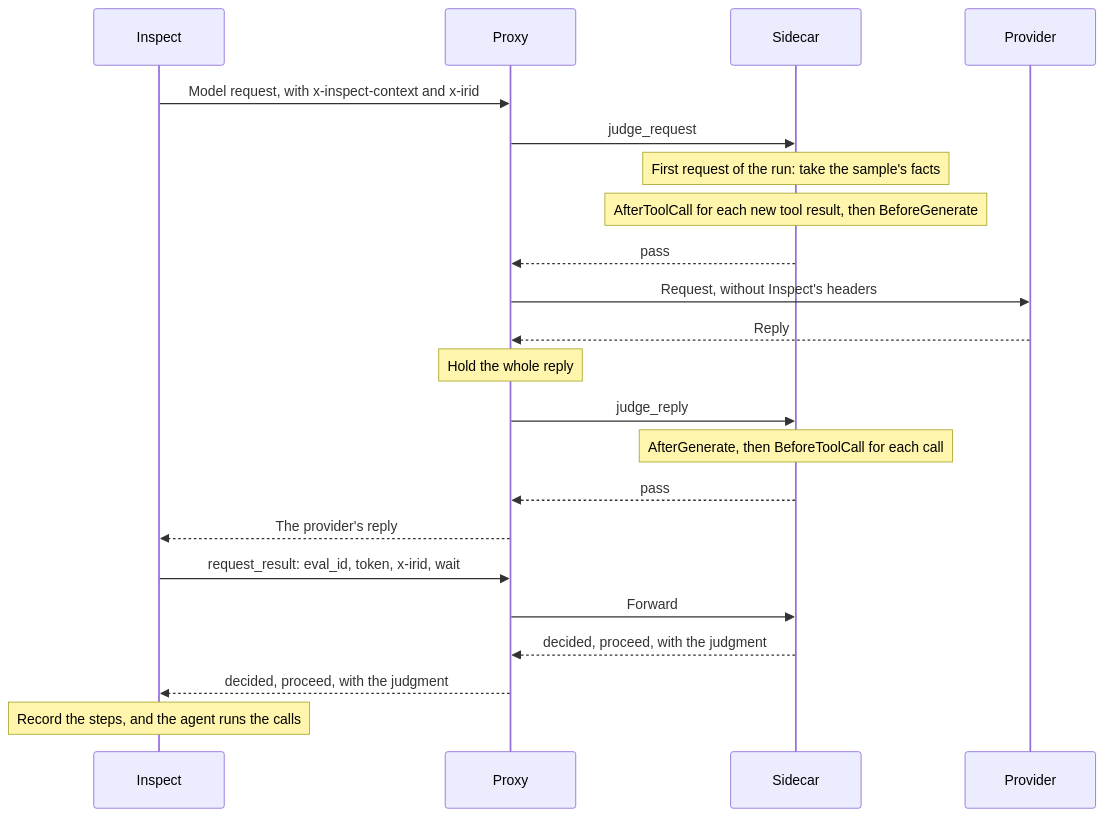
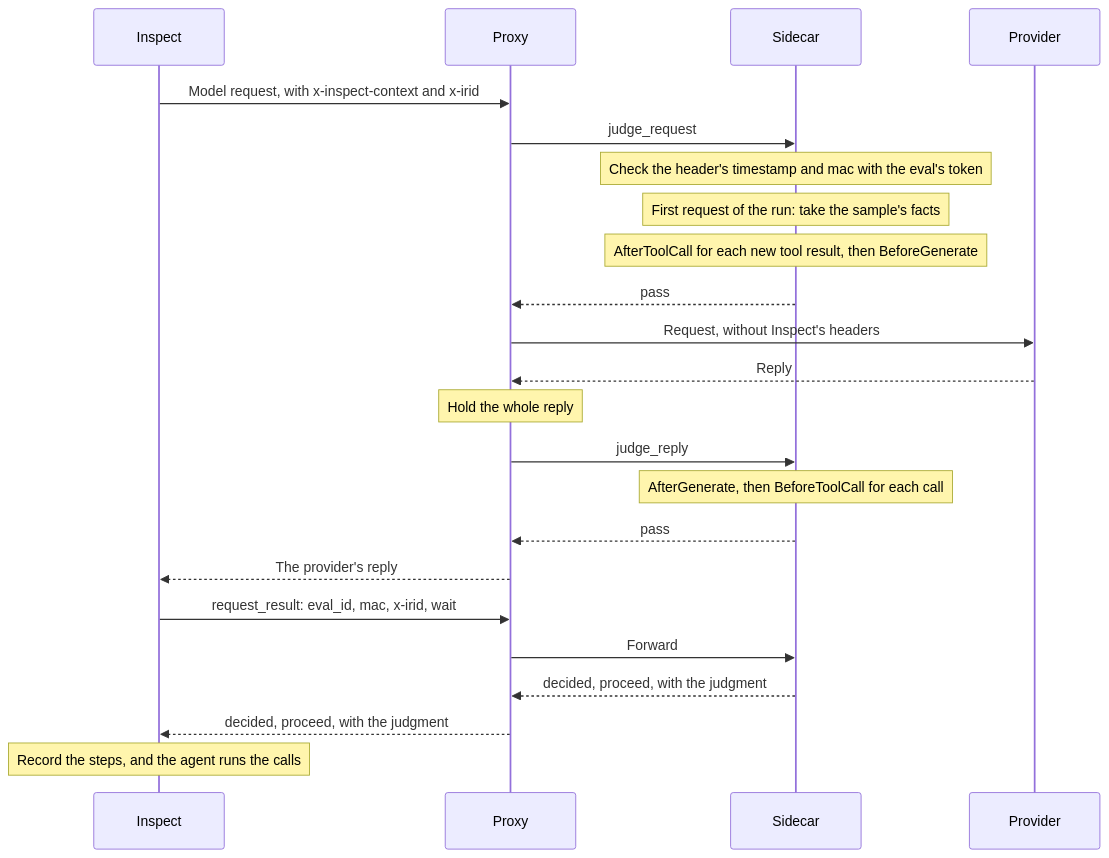
One commit to meridianlabs-ai/inspect_sentinel changed the third of 9 diagrams in design/sidecar.md. Above: the diagram before and after it, drawn with Mermaid. The commit also changed other lines of this file and 25 other files, not shown here.

````diff
--- a/design/sidecar.md
+++ b/design/sidecar.md
@@ -1031,24 +1073,25 @@
 ```mermaid
 sequenceDiagram
     participant I as Inspect
     participant P as Proxy
     participant S as Sidecar
     participant M as Provider
     I->>P: Model request, with x-inspect-context and x-irid
     P->>S: judge_request
+    Note over S: Check the header's timestamp and mac with the eval's token
     Note over S: First request of the run: take the sample's facts
     Note over S: AfterToolCall for each new tool result, then BeforeGenerate
     S-->>P: pass
     P->>M: Request, without Inspect's headers
     M-->>P: Reply
     Note over P: Hold the whole reply
     P->>S: judge_reply
     Note over S: AfterGenerate, then BeforeToolCall for each call
     S-->>P: pass
     P-->>I: The provider's reply
-    I->>P: request_result: eval_id, token, x-irid, wait
+    I->>P: request_result: eval_id, mac, x-irid, wait
     P->>S: Forward
     S-->>P: decided, proceed, with the judgment
     P-->>I: decided, proceed, with the judgment
     Note over I: Record the steps, and the agent runs the calls
 ```
````
